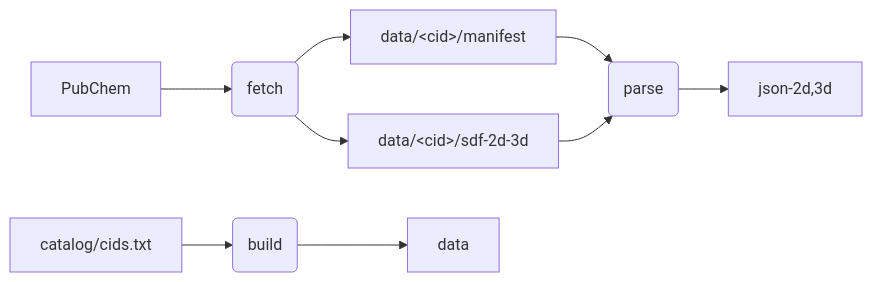
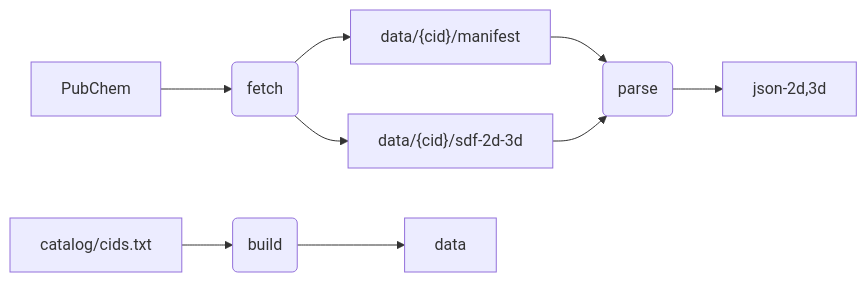
Before and after one commit to garnero-labs/MolDepot: the diagram in readme.md, drawn with Mermaid.

Commit message:
Mermeid typo(3).

````diff
--- a/readme.md
+++ b/readme.md
@@ -34,11 +34,11 @@
 ```mermaid
 graph LR
 A[PubChem] --> C(fetch)
-C --> M["data/&lt;cid&gt;/manifest"]
-C --> S["data/&lt;cid&gt;/sdf-2d-3d"]
+C --> M["data/{cid}/manifest"]
+C --> S["data/{cid}/sdf-2d-3d"]
 M --> P(parse)
 S --> P
 P --> J[json-2d,3d]
 T[catalog/cids.txt] --> B(build)
 B --> D[data]
 ```
````
